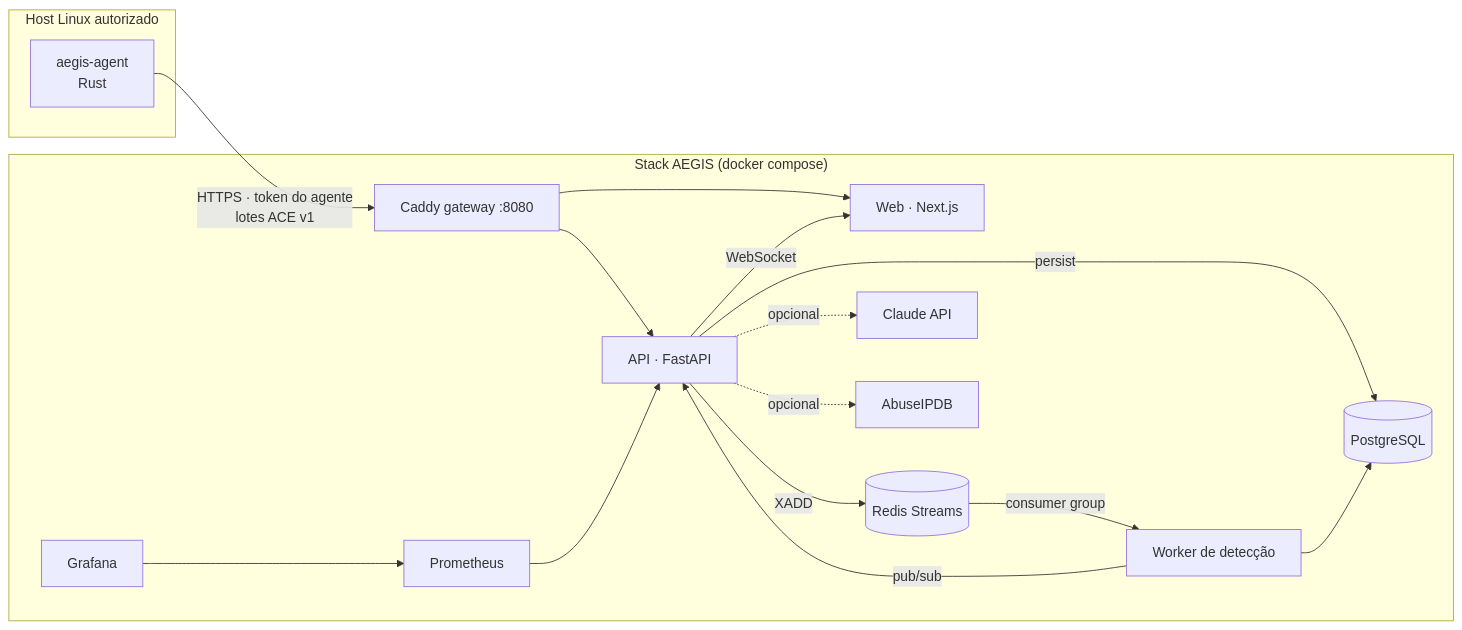
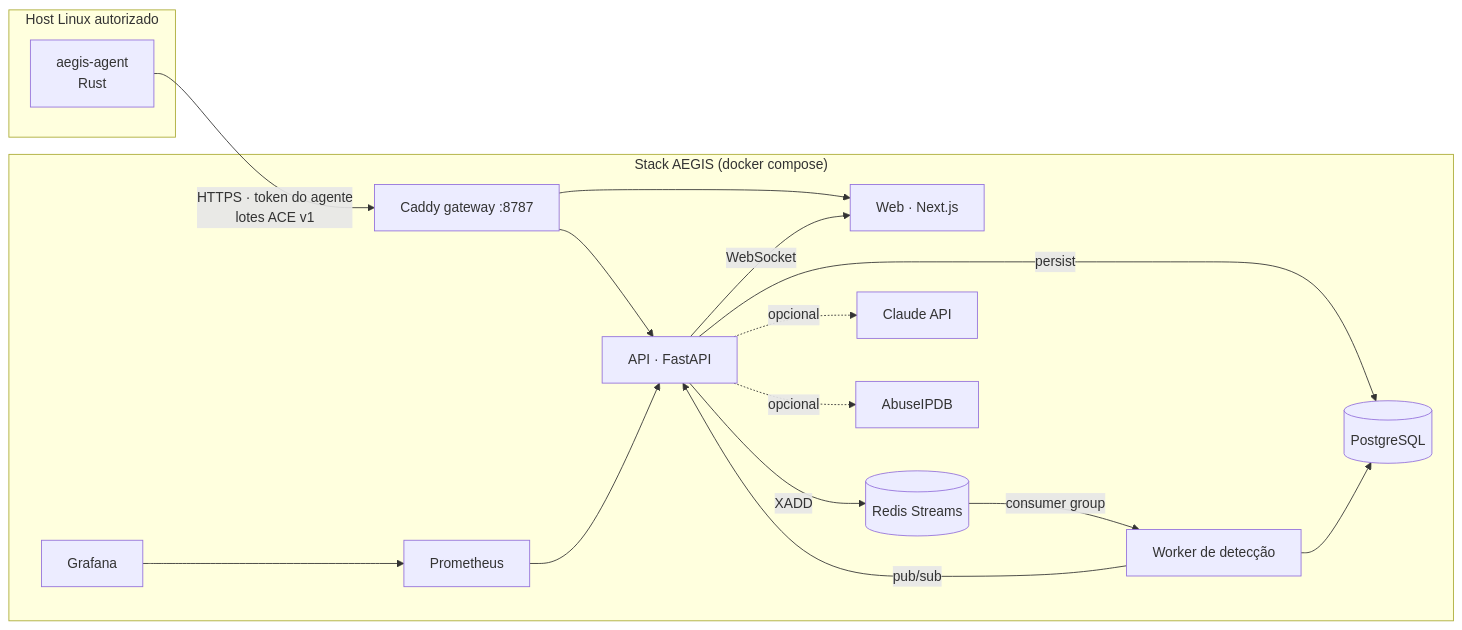
One commit to ClaudioAMF1/AEGIS changed the diagram in README.md. Above: the diagram before and after it, drawn with Mermaid. The commit also changed other lines of this file and 7 other files, not shown here.

````diff
--- a/README.md
+++ b/README.md
@@ -54,21 +54,21 @@
 ```mermaid
 flowchart LR
     subgraph Host["Host Linux autorizado"]
         A[aegis-agent<br/>Rust]
     end
     A -- "HTTPS · token do agente<br/>lotes ACE v1" --> G
     subgraph Stack["Stack AEGIS (docker compose)"]
-        G[Caddy gateway :8080] --> W[Web · Next.js]
+        G[Caddy gateway :8787] --> W[Web · Next.js]
         G --> API[API · FastAPI]
         API -- persist --> PG[(PostgreSQL)]
         API -- XADD --> R[(Redis Streams)]
         R -- consumer group --> WK[Worker de detecção]
         WK --> PG
         WK -- pub/sub --> API
         API -- WebSocket --> W
         API -. opcional .-> LLM[Claude API]
         API -. opcional .-> AB[AbuseIPDB]
         P[Prometheus] --> API
         GF[Grafana] --> P
     end
 ```
````
